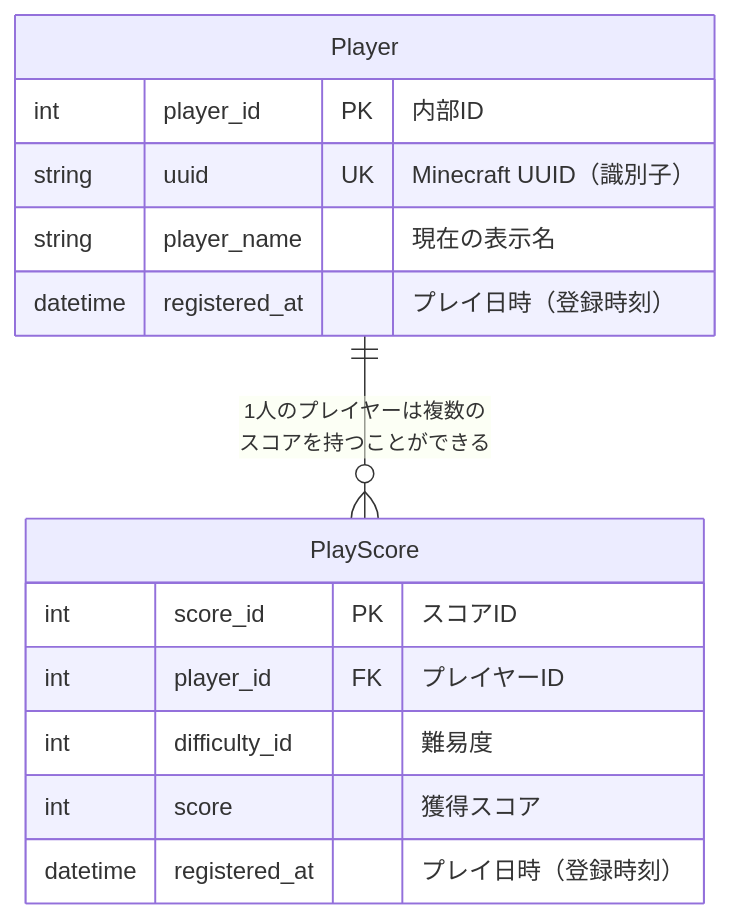
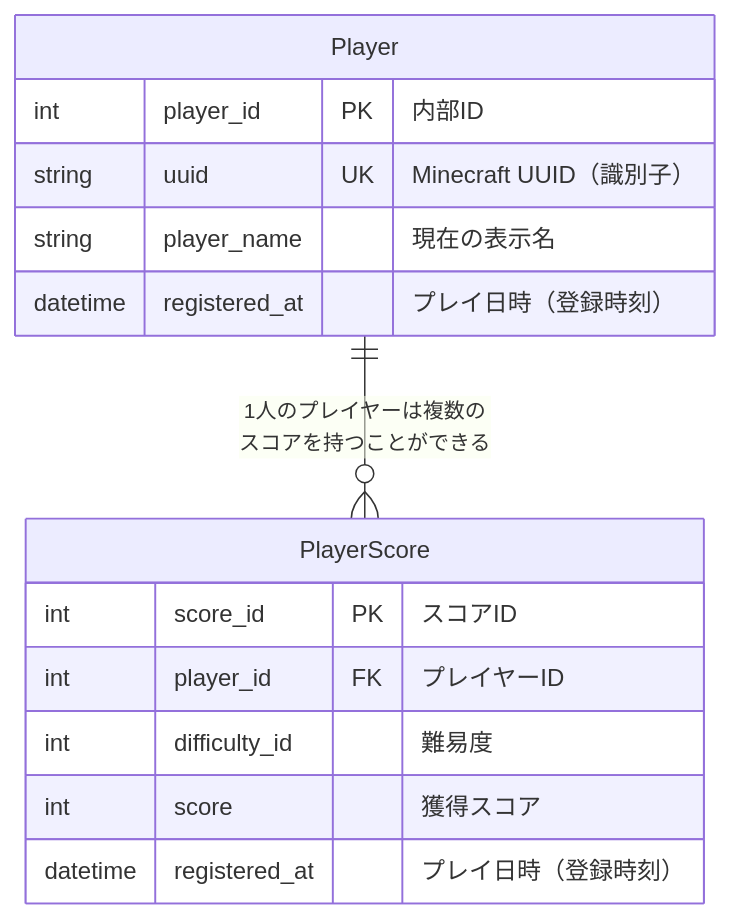
Before and after one commit to SeiyaYanamoto/EnemyDown: the first of 2 diagrams in README.md, drawn with Mermaid. The commit also changed other lines of this file, not shown here.

First line of the commit message:
『データベース処理』を追加、ER図の変更・更新

````diff
--- a/README.md
+++ b/README.md
@@ -61,19 +61,19 @@
 ```mermaid
 erDiagram
-    Player ||--o{ PlayScore : "1人のプレイヤーは複数の<br>スコアを持つことができる"
+    Player ||--o{ PlayerScore : "1人のプレイヤーは複数の<br>スコアを持つことができる"
 
     Player {
         int player_id PK "内部ID"
         string uuid UK "Minecraft UUID（識別子）"
         string player_name "現在の表示名"
         datetime registered_at "プレイ日時（登録時刻）"
     }
 
-    PlayScore {
+    PlayerScore {
         int score_id PK "スコアID"
         int player_id FK "プレイヤーID"
         int difficulty_id "難易度"
         int score "獲得スコア"
         datetime registered_at "プレイ日時（登録時刻）"
     }
 ```
````
